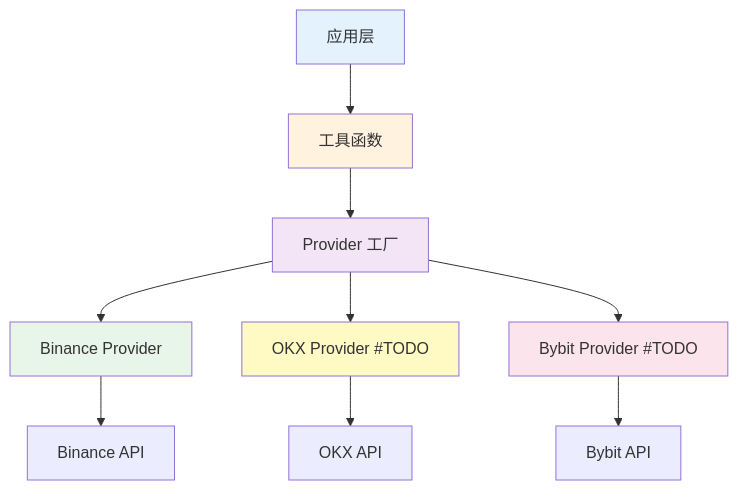
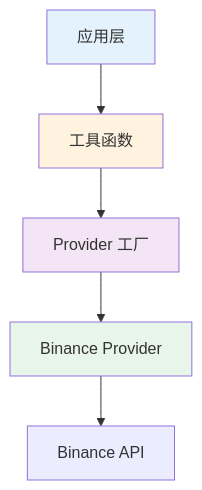
One commit to dimx9173/vibe-trading-encyc changed the diagram in docs/guide/data-provider.md. Above: the diagram before and after it, drawn with Mermaid. The commit also changed other lines of this file and 20 other files, not shown here.

````diff
--- a/docs/guide/data-provider.md
+++ b/docs/guide/data-provider.md
@@ -22,19 +22,13 @@
 ```mermaid
 graph TD
     A[应用层] --> B[工具函数]
     B --> C[Provider 工厂]
     C --> D[Binance Provider]
-    C --> E[OKX Provider #TODO]
-    C --> F[Bybit Provider #TODO]
   
     D --> G[Binance API]
-    E --> H[OKX API]
-    F --> I[Bybit API]
   
     style A fill:#e3f2fd
     style B fill:#fff3e0
     style C fill:#f3e5f5
     style D fill:#e8f5e9
-    style E fill:#fff9c4
-    style F fill:#fce4ec
 ```
````
